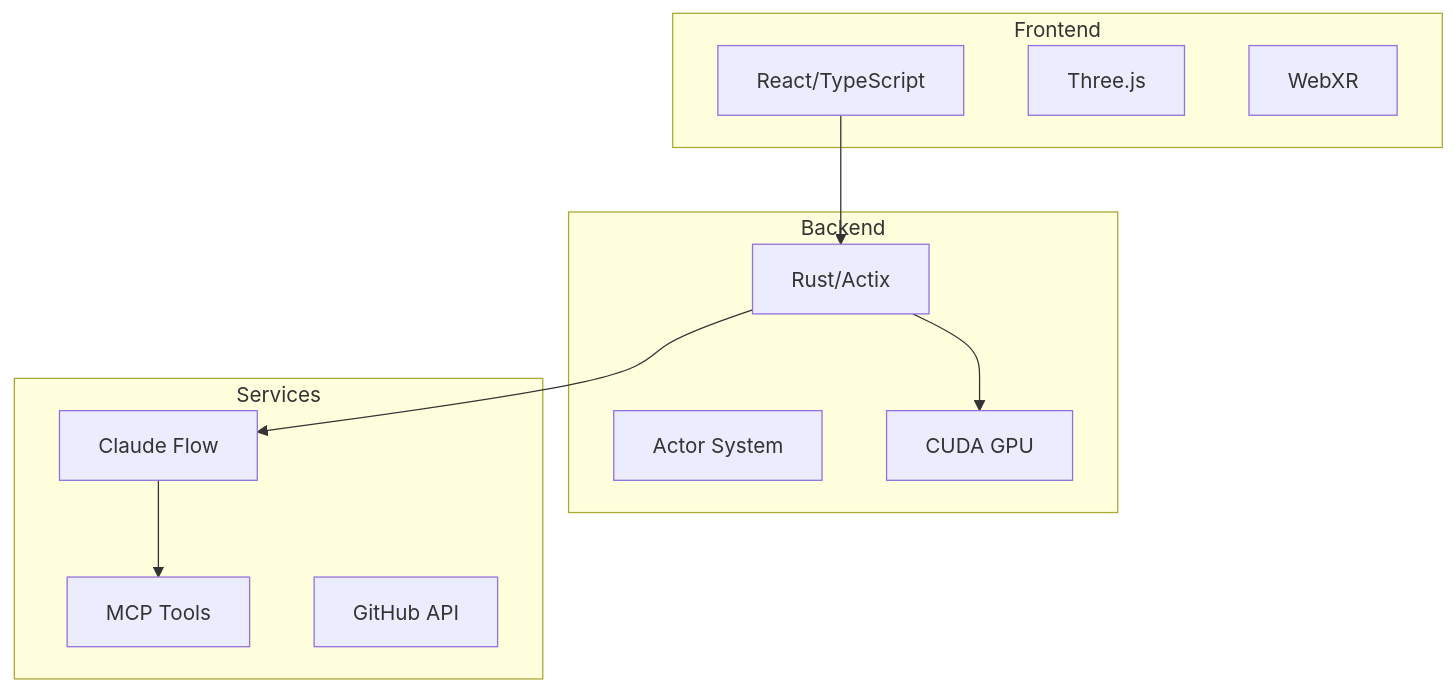
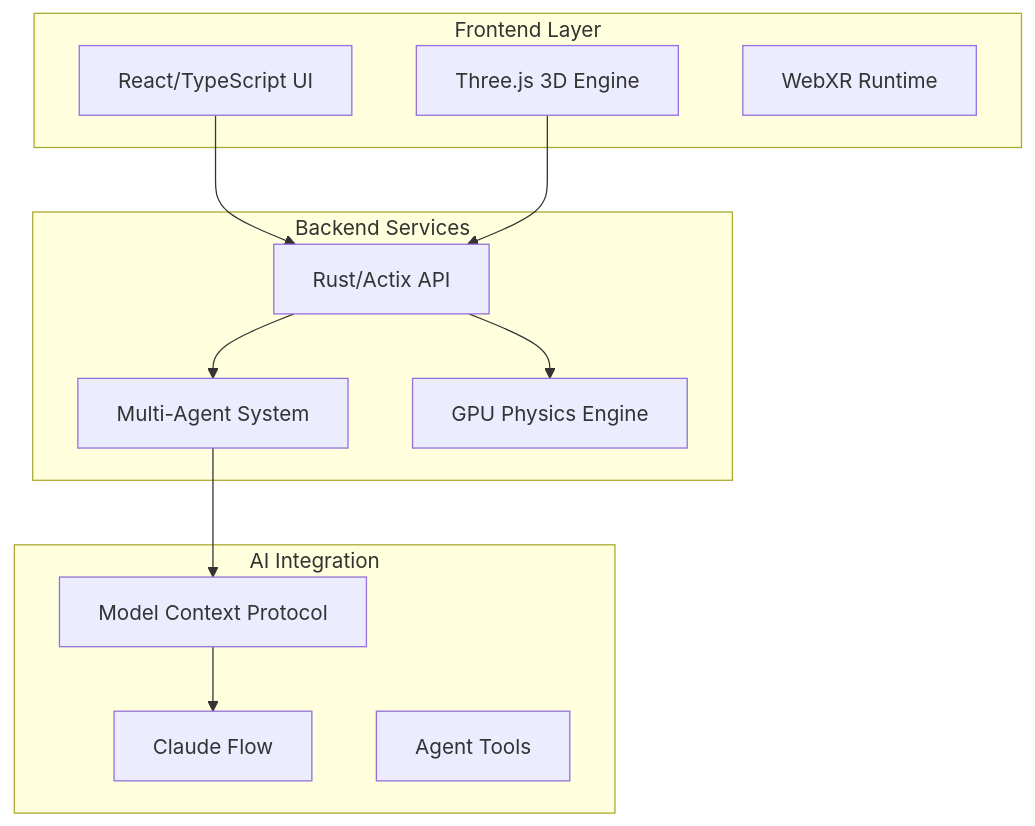
One commit to DreamLab-AI/VisionFlow changed the diagram in docs/README.md. Above: the diagram before and after it, drawn with Mermaid. The commit also changed other lines of this file and 110 other files, not shown here.

````diff
--- a/docs/README.md
+++ b/docs/README.md
@@ -156,25 +57,27 @@
 ```mermaid
 graph TB
-    subgraph "Frontend"
-        React[React/TypeScript]
-        Three[Three.js]
-        XR[WebXR]
+    subgraph "Frontend Layer"
+        UI[React/TypeScript UI]
+        VIZ[Three.js 3D Engine]
+        XR[WebXR Runtime]
     end
-
-    subgraph "Backend"
-        Rust[Rust/Actix]
-        Actors[Actor System]
-        GPU[CUDA GPU]
+    
+    subgraph "Backend Services"  
+        API[Rust/Actix API]
+        AGENTS[Multi-Agent System]
+        PHYSICS[GPU Physics Engine]
     end
-
-    subgraph "Services"
-        Claude[Claude Flow]
-        MCP[MCP Tools]
-        GitHub[GitHub API]
+    
+    subgraph "AI Integration"
+        MCP[Model Context Protocol]
+        CLAUDE[Claude Flow]
+        TOOLS[Agent Tools]
     end
-
-    React --> Rust
-    Rust --> GPU
-    Rust --> Claude
-    Claude --> MCP
+    
+    UI --> API
+    VIZ --> API  
+    API --> AGENTS
+    API --> PHYSICS
+    AGENTS --> MCP
+    MCP --> CLAUDE
 ```
````
